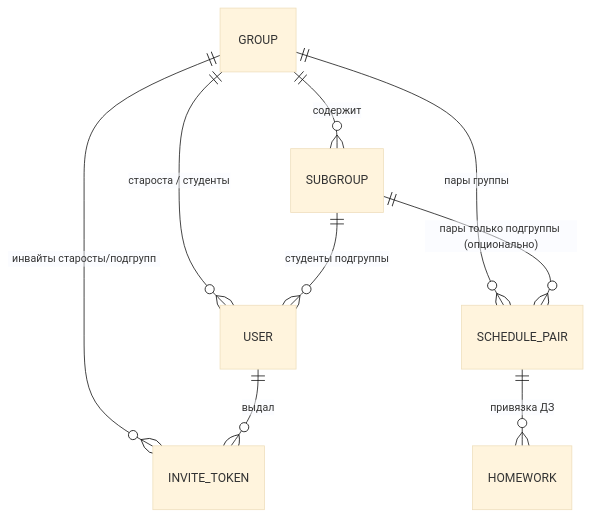
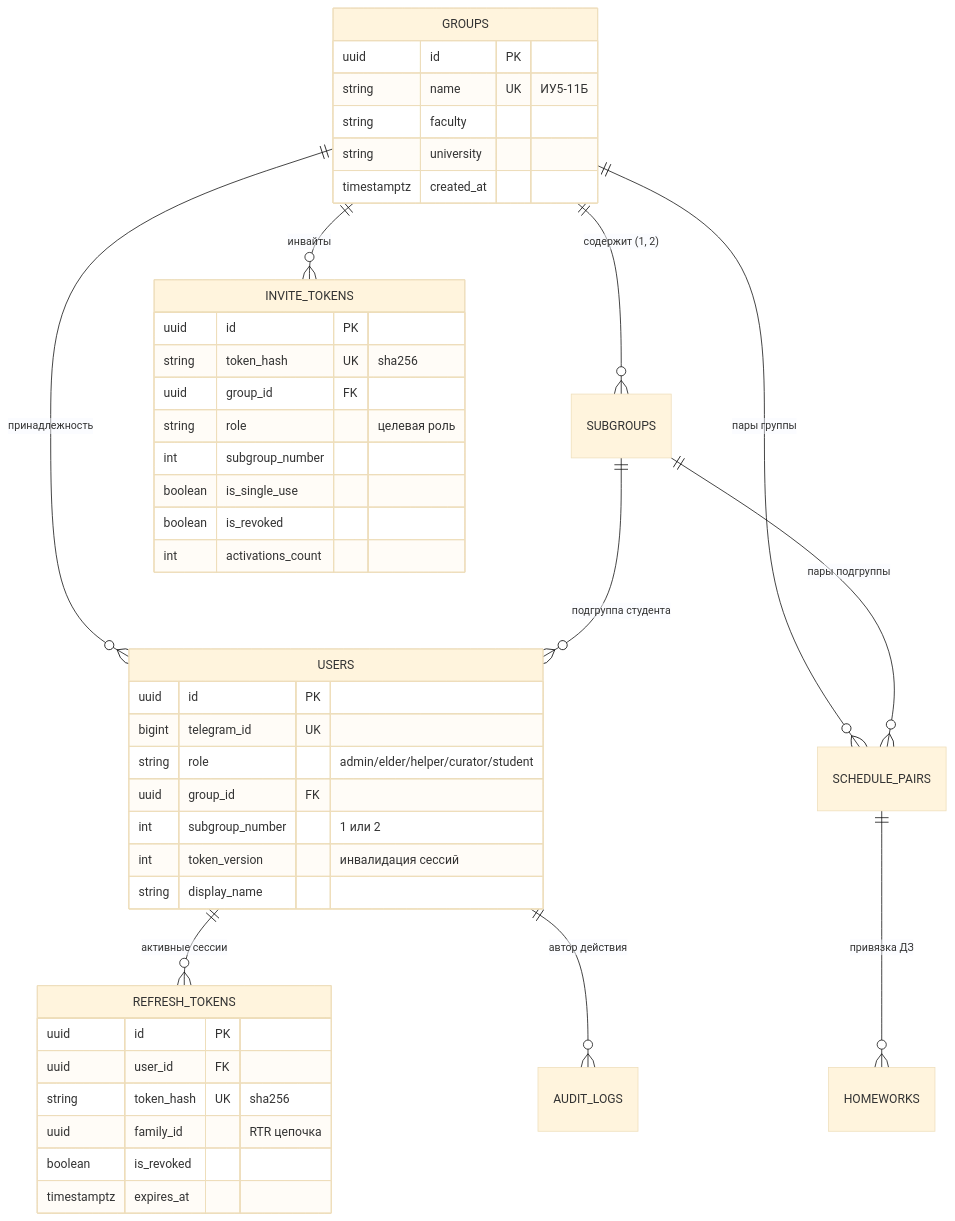
One commit to Ivansups/Zeta changed the third of 4 diagrams in docs/Task.md. Above: the diagram before and after it, drawn with Mermaid (base theme). The commit also changed other lines of this file and 25 other files, not shown here.

First line of the commit message:
feat(auth): implement telegram auth, refresh token rotation, and invite system (#79)

````diff
--- a/docs/Task.md
+++ b/docs/Task.md
@@ -162,11 +270,47 @@
 ```mermaid
 erDiagram
-    GROUP ||--o{ SUBGROUP : содержит
-    GROUP ||--o{ USER : "староста / студенты"
-    SUBGROUP ||--o{ USER : "студенты подгруппы"
-    GROUP ||--o{ SCHEDULE_PAIR : "пары группы"
-    SUBGROUP ||--o{ SCHEDULE_PAIR : "пары только подгруппы (опционально)"
-    SCHEDULE_PAIR ||--o{ HOMEWORK : "привязка ДЗ"
-    GROUP ||--o{ INVITE_TOKEN : "инвайты старосты/подгрупп"
-    USER ||--o{ INVITE_TOKEN : "выдал"
+    GROUPS ||--o{ SUBGROUPS : "содержит (1, 2)"
+    GROUPS ||--o{ USERS : "принадлежность"
+    SUBGROUPS ||--o{ USERS : "подгруппа студента"
+    GROUPS ||--o{ SCHEDULE_PAIRS : "пары группы"
+    SUBGROUPS ||--o{ SCHEDULE_PAIRS : "пары подгруппы"
+    SCHEDULE_PAIRS ||--o{ HOMEWORKS : "привязка ДЗ"
+    GROUPS ||--o{ INVITE_TOKENS : "инвайты"
+    USERS ||--o{ REFRESH_TOKENS : "активные сессии"
+    USERS ||--o{ AUDIT_LOGS : "автор действия"
+
+    GROUPS {
+        uuid id PK
+        string name UK "ИУ5-11Б"
+        string faculty
+        string university
+        timestamptz created_at
+    }
+    USERS {
+        uuid id PK
+        bigint telegram_id UK
+        string role "admin/elder/helper/curator/student"
+        uuid group_id FK
+        int subgroup_number "1 или 2"
+        int token_version "инвалидация сессий"
+        string display_name
+    }
+    REFRESH_TOKENS {
+        uuid id PK
+        uuid user_id FK
+        string token_hash UK "sha256"
+        uuid family_id "RTR цепочка"
+        boolean is_revoked
+        timestamptz expires_at
+    }
+    INVITE_TOKENS {
+        uuid id PK
+        string token_hash UK "sha256"
+        uuid group_id FK
+        string role "целевая роль"
+        int subgroup_number
+        boolean is_single_use
+        boolean is_revoked
+        int activations_count
+    }
 ```
````
